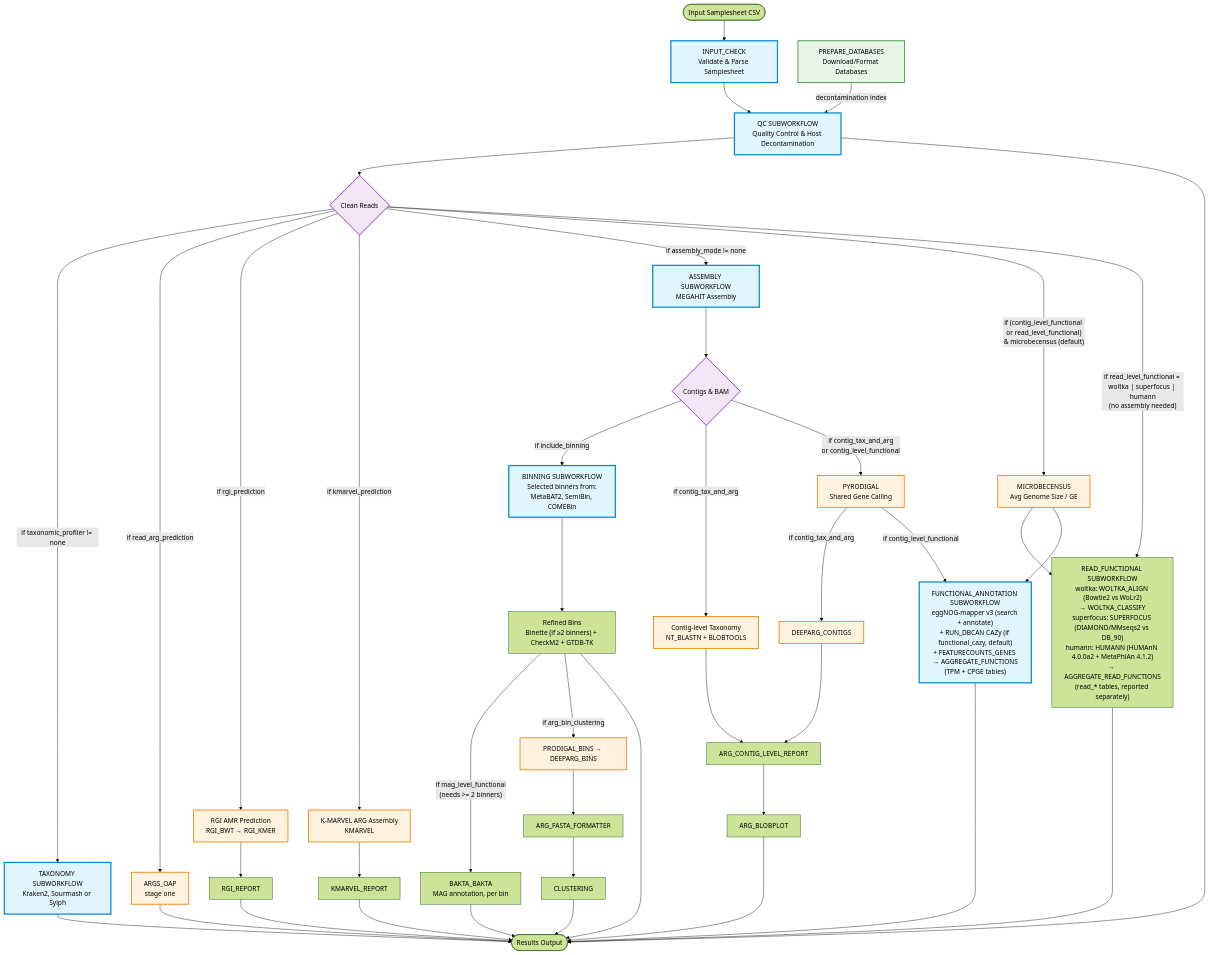
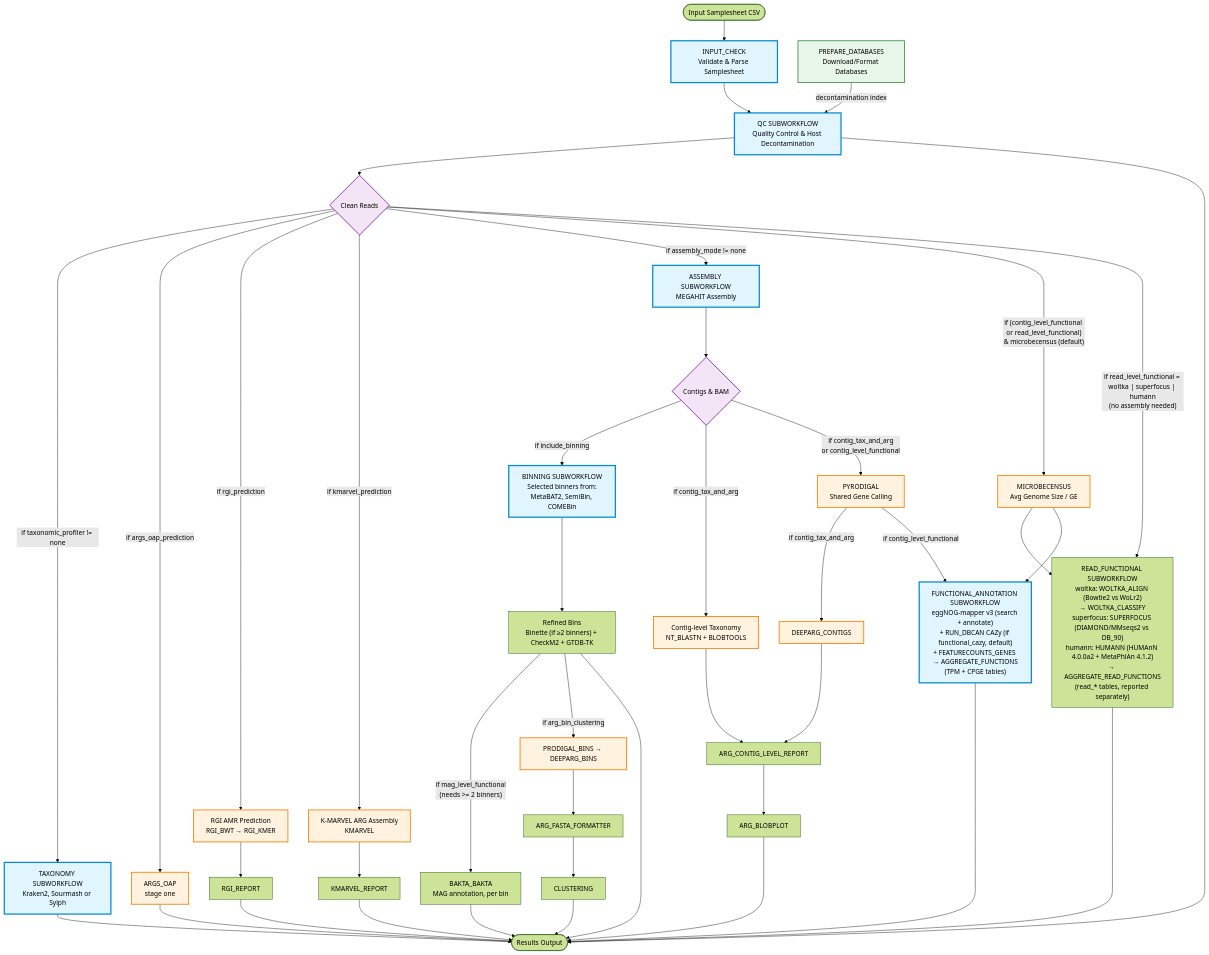
The first of 8 diagrams in docs/WORKFLOW_DIAGRAM.md (gene2dis/BugBuster), drawn with Mermaid (forest theme) before and after one commit. The commit also changed other lines of this file and 10 other files, not shown here.

First line of the commit message:
feat(arg)!: one flag per read-level ARG tool (roadmap M3)

````diff
--- a/docs/WORKFLOW_DIAGRAM.md
+++ b/docs/WORKFLOW_DIAGRAM.md
@@ -10,78 +10,78 @@
 ```mermaid
 flowchart TD
     Start([Input Samplesheet CSV]) --> InputCheck[INPUT_CHECK<br/>Validate & Parse Samplesheet]
     
     PrepDB[PREPARE_DATABASES<br/>Download/Format Databases] -->|decontamination index| QC
     InputCheck --> QC
     
     %% Quality Control Branch
     QC[QC SUBWORKFLOW<br/>Quality Control & Host Decontamination] --> CleanReads{Clean Reads}
     
     %% Taxonomy Branch
     CleanReads -->|if taxonomic_profiler != none| Taxonomy[TAXONOMY SUBWORKFLOW<br/>Kraken2, Sourmash or Sylph]
     
     %% Read-level ARG Branch
-    CleanReads -->|if read_arg_prediction| ReadARG[ARGS_OAP<br/>stage one]
+    CleanReads -->|if args_oap_prediction| ReadARG[ARGS_OAP<br/>stage one]
 
     %% RGI Branch
     CleanReads -->|if rgi_prediction| RGI[RGI AMR Prediction<br/>RGI_BWT → RGI_KMER]
     RGI --> RGIReport[RGI_REPORT]
 
     %% K-MARVEL Branch
     CleanReads -->|if kmarvel_prediction| KMARVEL[K-MARVEL ARG Assembly<br/>KMARVEL]
     KMARVEL --> KMARVELReport[KMARVEL_REPORT]
     
     %% Assembly Branch
     CleanReads -->|if assembly_mode != none| Assembly[ASSEMBLY SUBWORKFLOW<br/>MEGAHIT Assembly]
     
     Assembly --> Contigs{Contigs & BAM}
     
     %% Binning Branch
     Contigs -->|if include_binning| Binning[BINNING SUBWORKFLOW<br/>Selected binners from:<br/>MetaBAT2, SemiBin, COMEBin]
     Binning --> RefinedBins["Refined Bins<br/>Binette (if ≥2 binners) + CheckM2 + GTDB-TK"]
     
     %% Contig-level Analysis Branch
     Contigs -->|if contig_tax_and_arg| ContigTax[Contig-level Taxonomy<br/>NT_BLASTN + BLOBTOOLS]
     Contigs -->|"if contig_tax_and_arg<br/>or contig_level_functional"| Pyrodigal[PYRODIGAL<br/>Shared Gene Calling]
     Pyrodigal -->|if contig_tax_and_arg| ContigARG[DEEPARG_CONTIGS]
     ContigTax --> ARGContigReport
     ContigARG --> ARGContigReport[ARG_CONTIG_LEVEL_REPORT]
     ARGContigReport --> ARGBlobplot[ARG_BLOBPLOT]
 
     %% Functional Annotation Branch
     CleanReads -->|"if (contig_level_functional or read_level_functional)<br/>& microbecensus (default)"| MicrobeCensus[MICROBECENSUS<br/>Avg Genome Size / GE]
     CleanReads -->|"if read_level_functional = woltka | superfocus | humann<br/>(no assembly needed)"| ReadFunctional["READ_FUNCTIONAL SUBWORKFLOW<br/>woltka: WOLTKA_ALIGN (Bowtie2 vs WoLr2)<br/>→ WOLTKA_CLASSIFY<br/>superfocus: SUPERFOCUS (DIAMOND/MMseqs2 vs DB_90)<br/>humann: HUMANN (HUMAnN 4.0.0a2 + MetaPhlAn 4.1.2)<br/>→ AGGREGATE_READ_FUNCTIONS<br/>(read_* tables, reported separately)"]
     MicrobeCensus --> ReadFunctional
     Pyrodigal -->|if contig_level_functional| Functional["FUNCTIONAL_ANNOTATION SUBWORKFLOW<br/>eggNOG-mapper v3 (search + annotate)<br/>+ RUN_DBCAN CAZy (if functional_cazy, default)<br/>+ FEATURECOUNTS_GENES → AGGREGATE_FUNCTIONS<br/>(TPM + CPGE tables)"]
     MicrobeCensus --> Functional
     RefinedBins -->|"if mag_level_functional<br/>(needs >= 2 binners)"| Bakta[BAKTA_BAKTA<br/>MAG annotation, per bin]
 
     %% Bin ARG Clustering Branch
     RefinedBins -->|if arg_bin_clustering| BinARG[PRODIGAL_BINS → DEEPARG_BINS]
     BinARG --> ARGFormat[ARG_FASTA_FORMATTER]
     ARGFormat --> Clustering[CLUSTERING]
     
     %% End
     QC --> End([Results Output])
     Taxonomy --> End
     ReadARG --> End
     RGIReport --> End
     KMARVELReport --> End
     ARGBlobplot --> End
     Clustering --> End
     Functional --> End
     ReadFunctional --> End
     Bakta --> End
     RefinedBins --> End
 
     %% Styling
     classDef subworkflow fill:#e1f5ff,stroke:#0288d1,stroke-width:3px
     classDef module fill:#fff3e0,stroke:#f57c00,stroke-width:2px
     classDef decision fill:#f3e5f5,stroke:#7b1fa2,stroke-width:2px
     classDef database fill:#e8f5e9,stroke:#388e3c,stroke-width:2px
     
     class InputCheck,QC,Taxonomy,Assembly,Binning,Functional subworkflow
     class ReadARG,RGI,KMARVEL,ContigTax,ContigARG,BinARG,Pyrodigal,MicrobeCensus module
     class CleanReads,Contigs decision
     class PrepDB database
 ```
````
